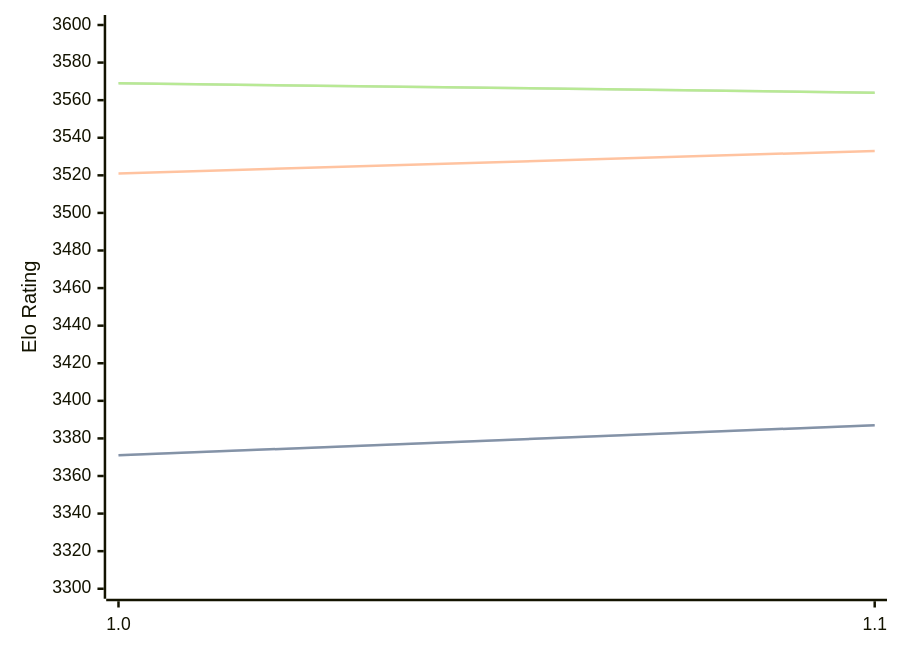
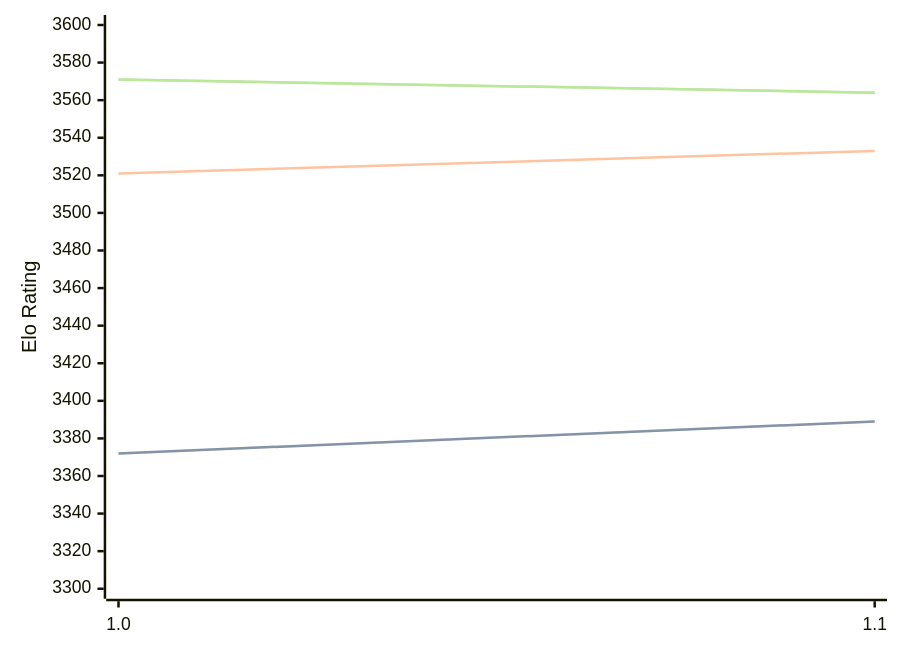
Before and after one commit to computer-chess-index/cci: the diagram in engines/Horsie.md, drawn with Mermaid. The commit also changed other lines of this file, not shown here.

Commit message:
Update CCI Ratings (ELO VLTC) - 2026-03-14

````diff
--- a/engines/Horsie.md
+++ b/engines/Horsie.md
@@ -30,11 +30,11 @@
 ```mermaid
 %%{init: {"theme":"base","themeVariables":{"seriesColors:['#a3a3a3','#222221','#faa371']}}}%%
 xychart-beta
   x-axis ["1.0", "1.1"]
   y-axis "Elo Rating" 3300 --> 3600
-  line "STC (8.0+0.08s)" [3371, 3387]
-  line "STC (8.0+0.08s)" [3371, 3387]
+  line "STC (8.0+0.08s)" [3372, 3389]
+  line "STC (8.0+0.08s)" [3372, 3389]
   line "LTC (60.0+0.60s)" [3521, 3533]
-  line "VLTC (2m24s+1.12s)" [3569, 3564]
-  line "VLTC (2m24s+1.12s)" [3569, 3564]
+  line "VLTC (2m24s+1.12s)" [3571, 3564]
+  line "VLTC (2m24s+1.12s)" [3571, 3564]
 ```
````
